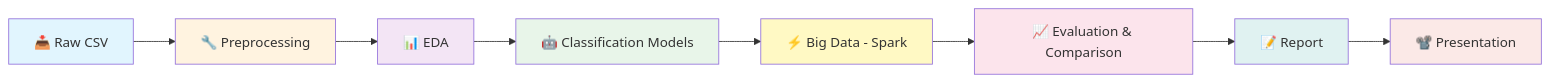
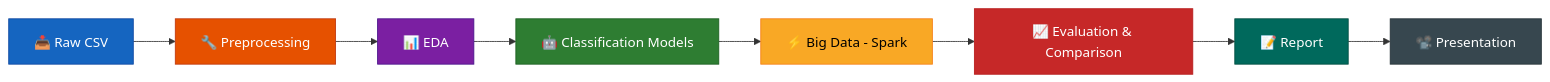
The first of 5 diagrams in README.md (Ma1cOS/Big-Data), drawn with Mermaid before and after one commit. The commit also changed other lines of this file, not shown here.

First line of the commit message:
Διόρθωση Mermaid διαγραμμάτων: dark-mode χρώματα & σειριακό Gantt

````diff
--- a/README.md
+++ b/README.md
@@ -70,19 +70,27 @@
 ```mermaid
 flowchart LR
     A[📥 Raw CSV] --> B[🔧 Preprocessing]
     B --> C[📊 EDA]
     C --> D[🤖 Classification Models]
     D --> E[⚡ Big Data - Spark]
     E --> F[📈 Evaluation & Comparison]
     F --> G[📝 Report]
     G --> H[📽️ Presentation]
 
-    style A fill:#e1f5fe
-    style B fill:#fff3e0
-    style C fill:#f3e5f5
-    style D fill:#e8f5e9
-    style E fill:#fff9c4
-    style F fill:#fce4ec
-    style G fill:#e0f2f1
-    style H fill:#fbe9e7
+    classDef blue fill:#1565c0,color:#fff,stroke:#0d47a1
+    classDef orange fill:#e65100,color:#fff,stroke:#bf360c
+    classDef purple fill:#7b1fa2,color:#fff,stroke:#4a148c
+    classDef green fill:#2e7d32,color:#fff,stroke:#1b5e20
+    classDef amber fill:#f9a825,color:#000,stroke:#f57f17
+    classDef red fill:#c62828,color:#fff,stroke:#b71c1c
+    classDef teal fill:#00695c,color:#fff,stroke:#004d40
+    classDef grey fill:#37474f,color:#fff,stroke:#263238
+    class A blue
+    class B orange
+    class C purple
+    class D green
+    class E amber
+    class F red
+    class G teal
+    class H grey
 ```
````
